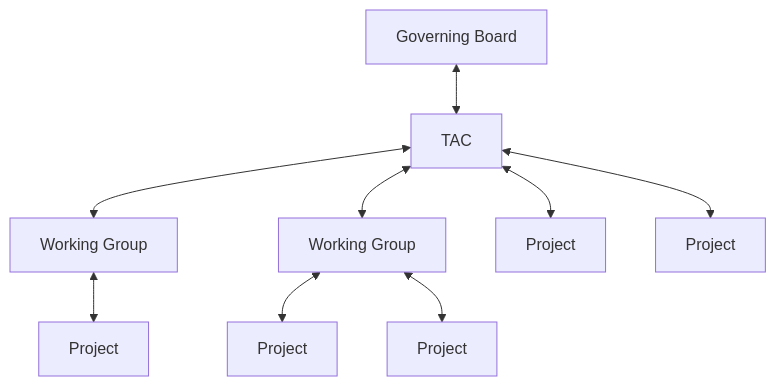
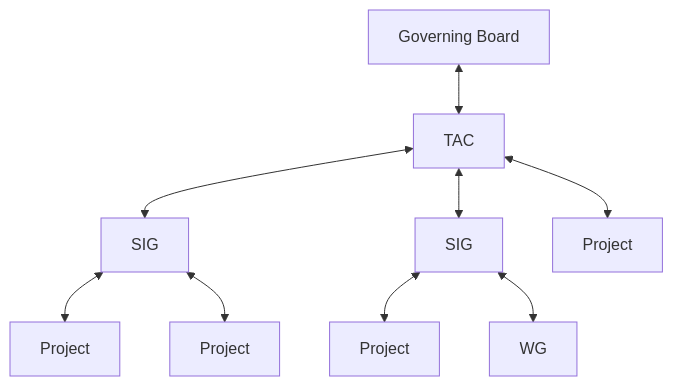
One commit to ossf/tac changed the diagram in process/README.md. Above: the diagram before and after it, drawn with Mermaid. The commit also changed other lines of this file and 5 other files, not shown here.

````diff
--- a/process/README.md
+++ b/process/README.md
@@ -10,11 +10,11 @@
 ```mermaid
 flowchart TD
     A[Governing Board] <--> B[TAC]
-    B <--> C[Working Group]
-    B <--> E[Working Group]
+    B <--> C[SIG]
+    B <--> E[SIG]
     C <--> D[Project]
-    B <--> F[Project]
+    C <--> F[Project]
     B <--> G[Project]
     E <--> H[Project]
-    E <--> I[Project]
+    E <--> I[WG]
 ```
````
